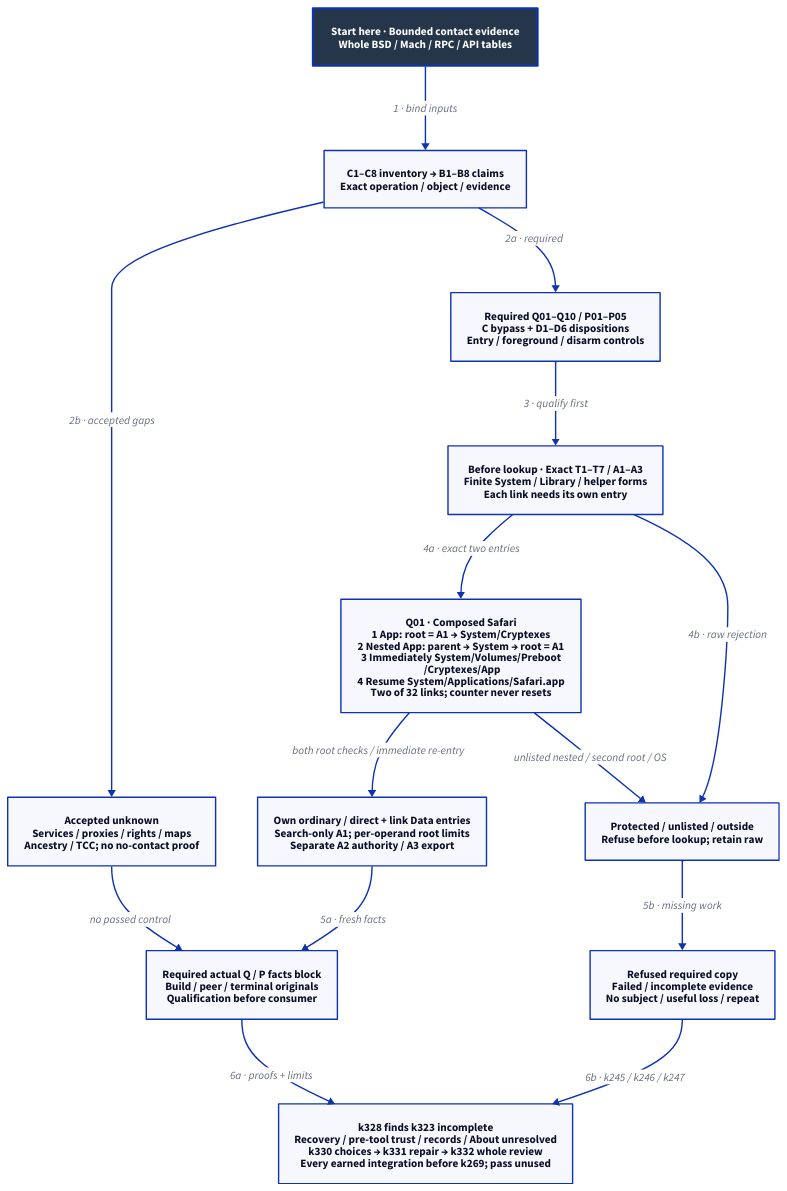
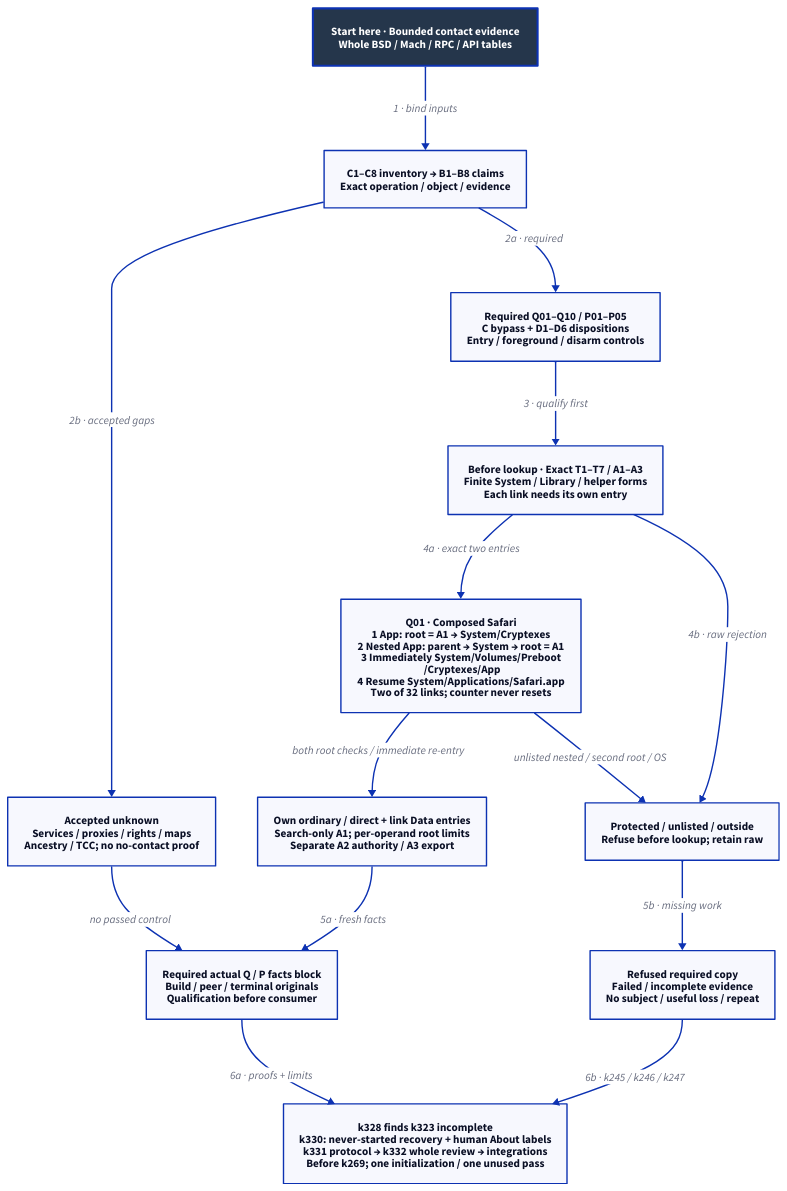
Before and after one commit to Linkuistics/Koine: the diagram in docs/design/architecture/native-reference-contact.d2, drawn with D2. The commit also changed 34 other files, not shown here.

Commit message:
Record never-started recovery and About provenance requirements (reference-evidence-recovery-and-provenance-k330)

```diff
--- a/docs/design/architecture/native-reference-contact.d2
+++ b/docs/design/architecture/native-reference-contact.d2
@@ -1,29 +1,29 @@
 # Reviewed k323 proposal; k330/k331/k332 replacement and integrations precede k269.
 direction: down
 classes: {
   start: {style: {fill: "#25364B"; font-color: "#FFFFFF"; bold: true; stroke-width: 3}}
 }
 Start: "Start here · Bounded contact evidence\nWhole BSD / Mach / RPC / API tables" {class: start}
 Claims: "C1–C8 inventory → B1–B8 claims\nExact operation / object / evidence"
 Controls: "Required Q01–Q10 / P01–P05\nC bypass + D1–D6 dispositions\nEntry / foreground / disarm controls"
 Unknown: "Accepted unknown\nServices / proxies / rights / maps\nAncestry / TCC; no no-contact proof"
 Policy: "Before lookup · Exact T1–T7 / A1–A3\nFinite System / Library / helper forms\nEach link needs its own entry"
 Safari: "Q01 · Composed Safari\n1 App: root = A1 → System/Cryptexes\n2 Nested App: parent → System → root = A1\n3 Immediately System/Volumes/Preboot\n  /Cryptexes/App\n4 Resume System/Applications/Safari.app\nTwo of 32 links; counter never resets"
 Allowed: "Own ordinary / direct + link Data entries\nSearch-only A1; per-operand root limits\nSeparate A2 authority / A3 export"
 Refuse: "Protected / unlisted / outside\nRefuse before lookup; retain raw"
 Gate: "Required actual Q / P facts block\nBuild / peer / terminal originals\nQualification before consumer"
 Failed: "Refused required copy\nFailed / incomplete evidence\nNo subject / useful loss / repeat"
-Whole: "k328 finds k323 incomplete\nRecovery / pre-tool trust / records / About unresolved\nk330 choices → k331 repair → k332 whole review\nEvery earned integration before k269; pass unused"
+Whole: "k328 finds k323 incomplete\nk330: never-started recovery + human About labels\nk331 protocol → k332 whole review → integrations\nBefore k269; one initialization / one unused pass"
 Start -> Claims: "1 · bind inputs"
 Claims -> Controls: "2a · required"
 Claims -> Unknown: "2b · accepted gaps"
 Controls -> Policy: "3 · qualify first"
 Unknown -> Gate: "no passed control"
 Policy -> Safari: "4a · exact two entries"
 Safari -> Allowed: "both root checks / immediate re-entry"
 Safari -> Refuse: "unlisted nested / second root / OS"
 Policy -> Refuse: "4b · raw rejection"
 Allowed -> Gate: "5a · fresh facts"
 Refuse -> Failed: "5b · missing work"
 Gate -> Whole: "6a · proofs + limits"
 Failed -> Whole: "6b · k245 / k246 / k247"
```
